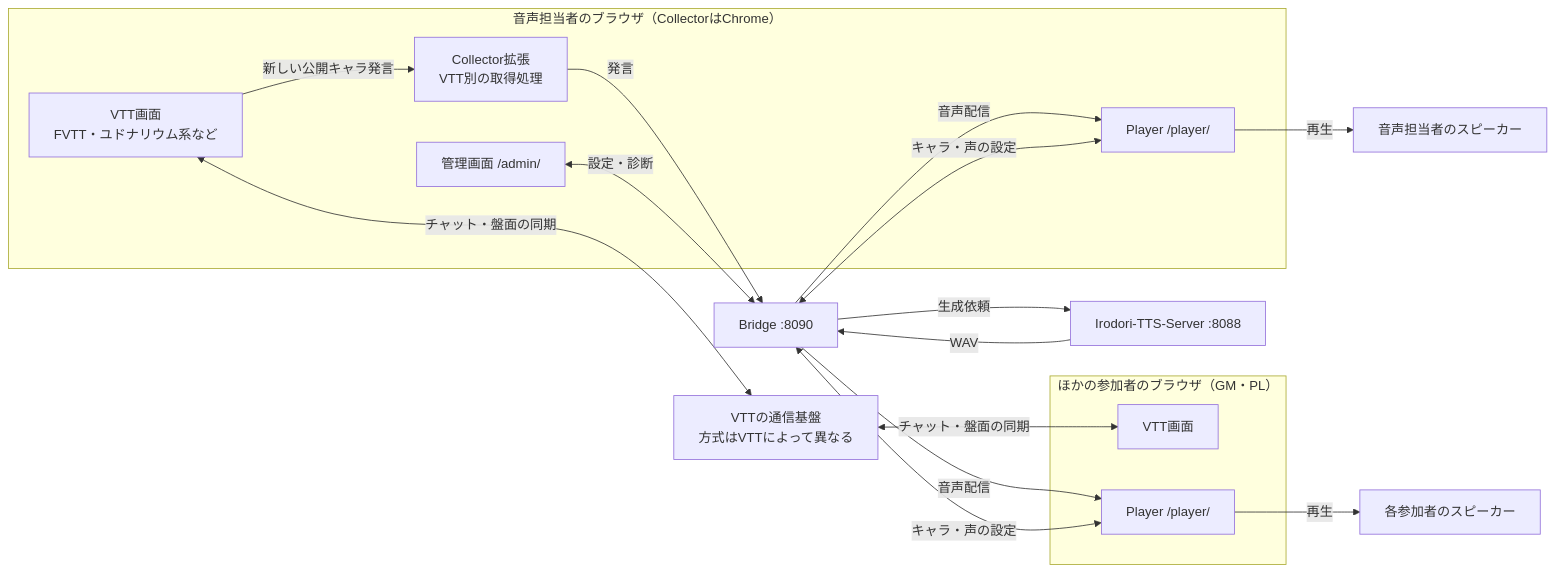
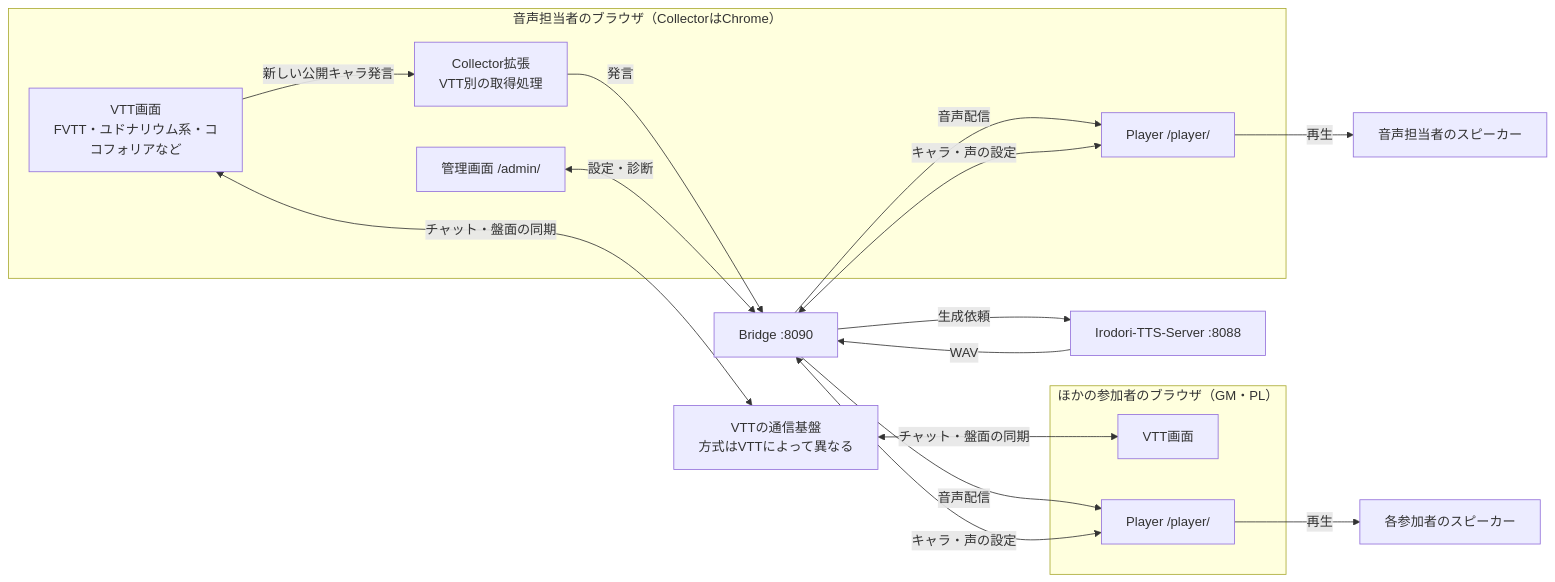
Before and after one commit to okamichi/trpg-voice-bridge: the diagram in docs/setup-guide.md, drawn with Mermaid. The commit also changed other lines of this file and 11 other files, not shown here.

````diff
--- a/docs/setup-guide.md
+++ b/docs/setup-guide.md
@@ -49,34 +49,34 @@
 ```mermaid
 flowchart LR
   subgraph VoiceHost["音声担当者のブラウザ（CollectorはChrome）"]
-    HostVTT["VTT画面<br/>FVTT・ユドナリウム系など"]
+    HostVTT["VTT画面<br/>FVTT・ユドナリウム系・ココフォリアなど"]
     Collector["Collector拡張<br/>VTT別の取得処理"]
     Admin["管理画面 /admin/"]
     HostPlayer["Player /player/"]
   end
 
   subgraph Participants["ほかの参加者のブラウザ（GM・PL）"]
     PVTT["VTT画面"]
     PPlayer["Player /player/"]
   end
 
   VTTNetwork["VTTの通信基盤<br/>方式はVTTによって異なる"]
   Bridge["Bridge :8090"]
   TTS["Irodori-TTS-Server :8088"]
   HostSpeaker["音声担当者のスピーカー"]
   PSpeaker["各参加者のスピーカー"]
 
   HostVTT <-->|チャット・盤面の同期| VTTNetwork
   VTTNetwork <-->|チャット・盤面の同期| PVTT
   HostVTT -->|新しい公開キャラ発言| Collector
   Collector -->|発言| Bridge
   Admin <-->|設定・診断| Bridge
   Bridge -->|生成依頼| TTS
   TTS -->|WAV| Bridge
   Bridge -->|音声配信| HostPlayer
   Bridge -->|音声配信| PPlayer
   HostPlayer <-->|キャラ・声の設定| Bridge
   PPlayer <-->|キャラ・声の設定| Bridge
   HostPlayer -->|再生| HostSpeaker
   PPlayer -->|再生| PSpeaker
 ```
````
